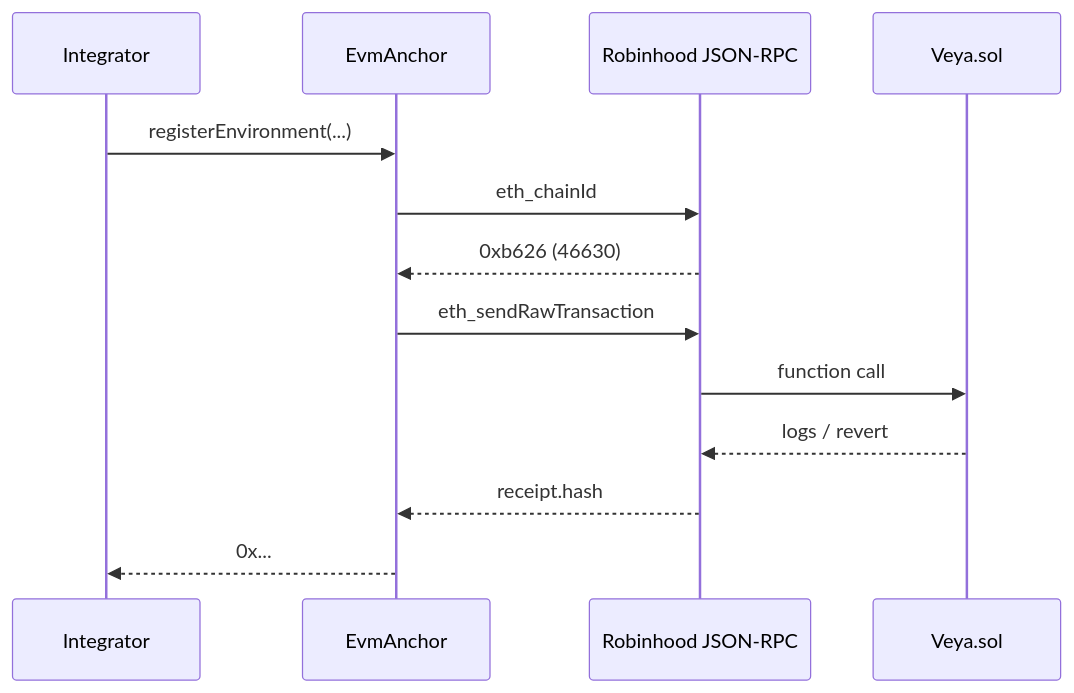
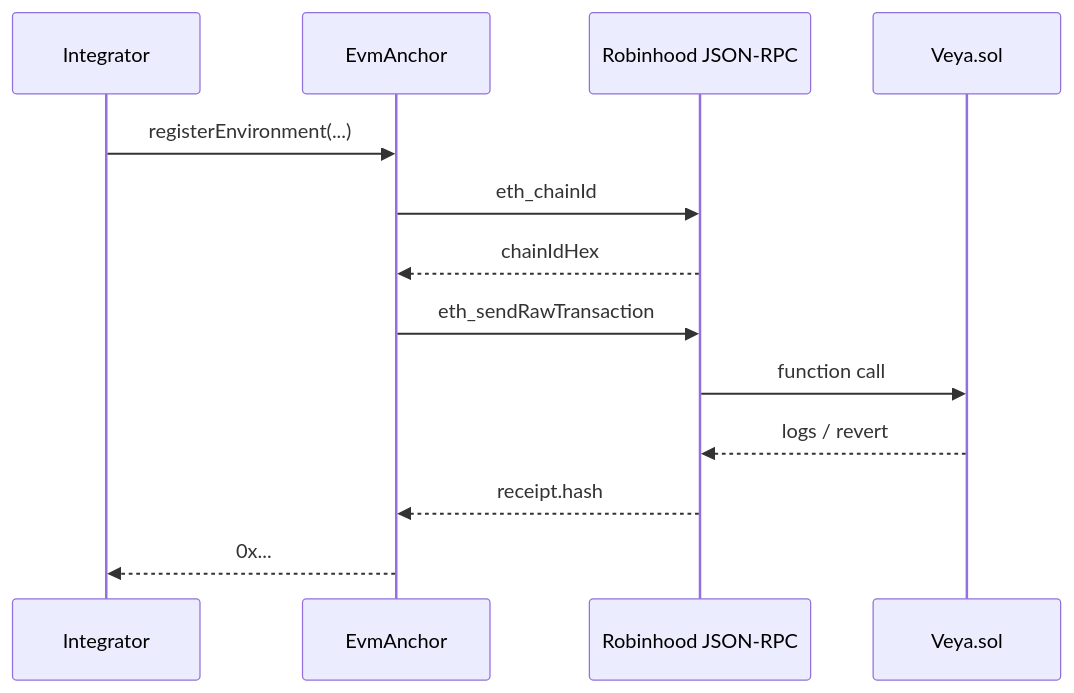
One commit to veyanet/veya-sdk changed the second of 2 diagrams in docs/sdk/evm-anchoring.md. Above: the diagram before and after it, drawn with Mermaid. The commit also changed other lines of this file, not shown here.

````diff
--- a/docs/sdk/evm-anchoring.md
+++ b/docs/sdk/evm-anchoring.md
@@ -213,16 +211,16 @@
 ```mermaid
 sequenceDiagram
     participant App as Integrator
     participant EA as EvmAnchor
     participant RPC as Robinhood JSON-RPC
     participant C as Veya.sol
 
     App->>EA: registerEnvironment(...)
     EA->>RPC: eth_chainId
-    RPC-->>EA: 0xb626 (46630)
+    RPC-->>EA: chainIdHex
     EA->>RPC: eth_sendRawTransaction
     RPC->>C: function call
     C-->>RPC: logs / revert
     RPC-->>EA: receipt.hash
     EA-->>App: 0x...
 ```
````
